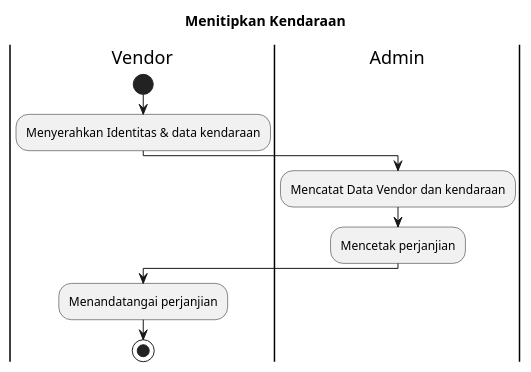
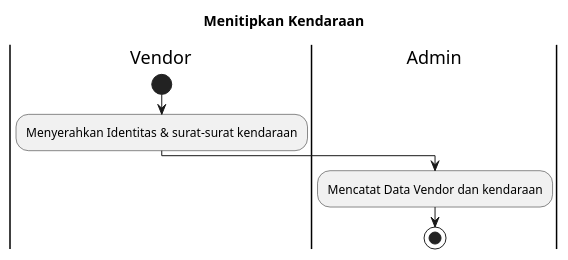
Before and after one commit to debayus/rentcar: the diagram in diagram/2. activity menitipkan kendaraan.pu, drawn with PlantUML. The commit also changed 16 other files, not shown here.

```diff
--- a/diagram/2. activity menitipkan kendaraan.pu
+++ b/diagram/2. activity menitipkan kendaraan.pu
@@ -1,20 +1,16 @@
 @startuml menitipkan_kendaraan
 
 title "Menitipkan Kendaraan"
 
 |Vendor|
 
 start
-:Menyerahkan Identitas & data kendaraan;
+:Menyerahkan Identitas & surat-surat kendaraan;
 
 |Admin|
 
 :Mencatat Data Vendor dan kendaraan;
-:Mencetak perjanjian;
-
-|Vendor|
-:Menandatangai perjanjian;
 
 stop
 
 @enduml
```
